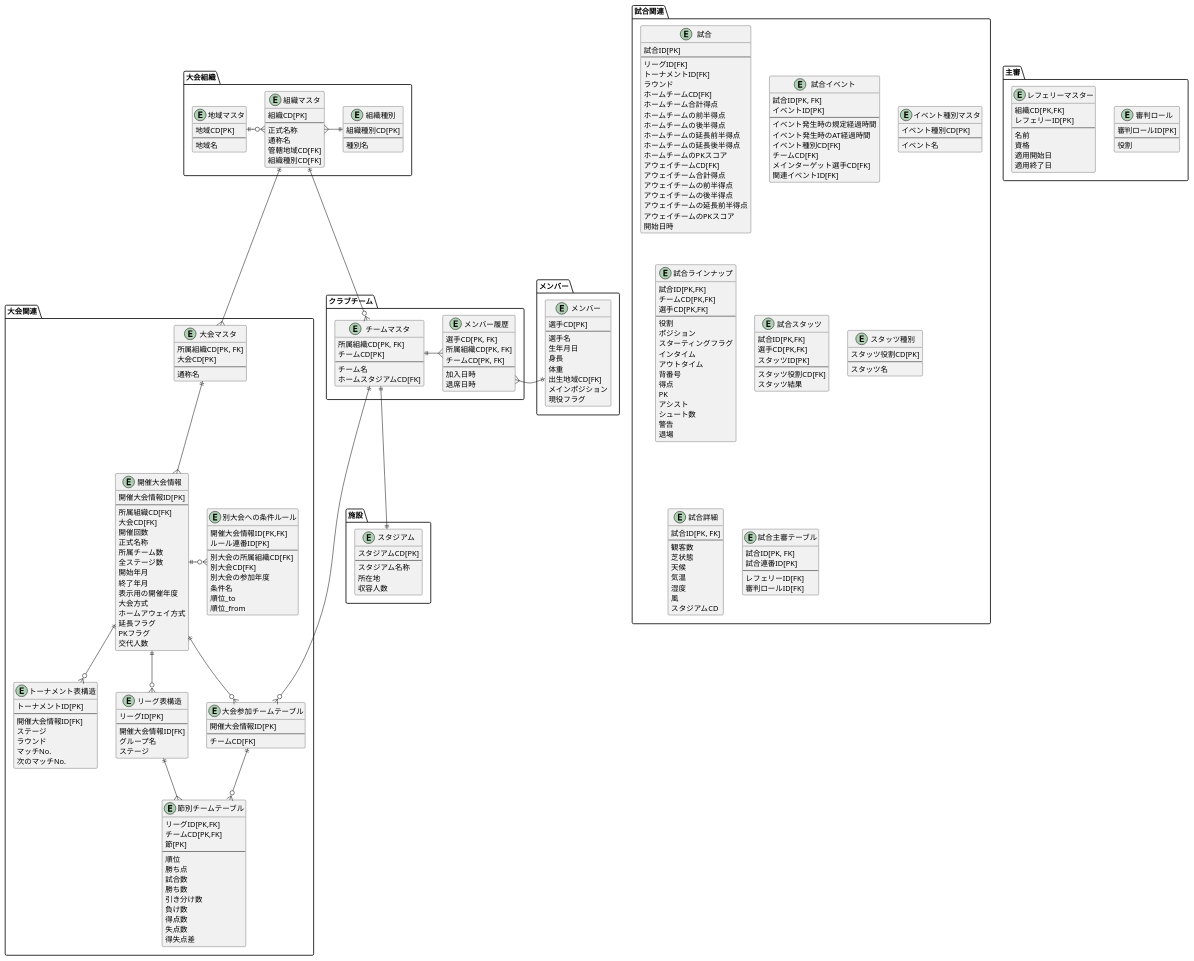
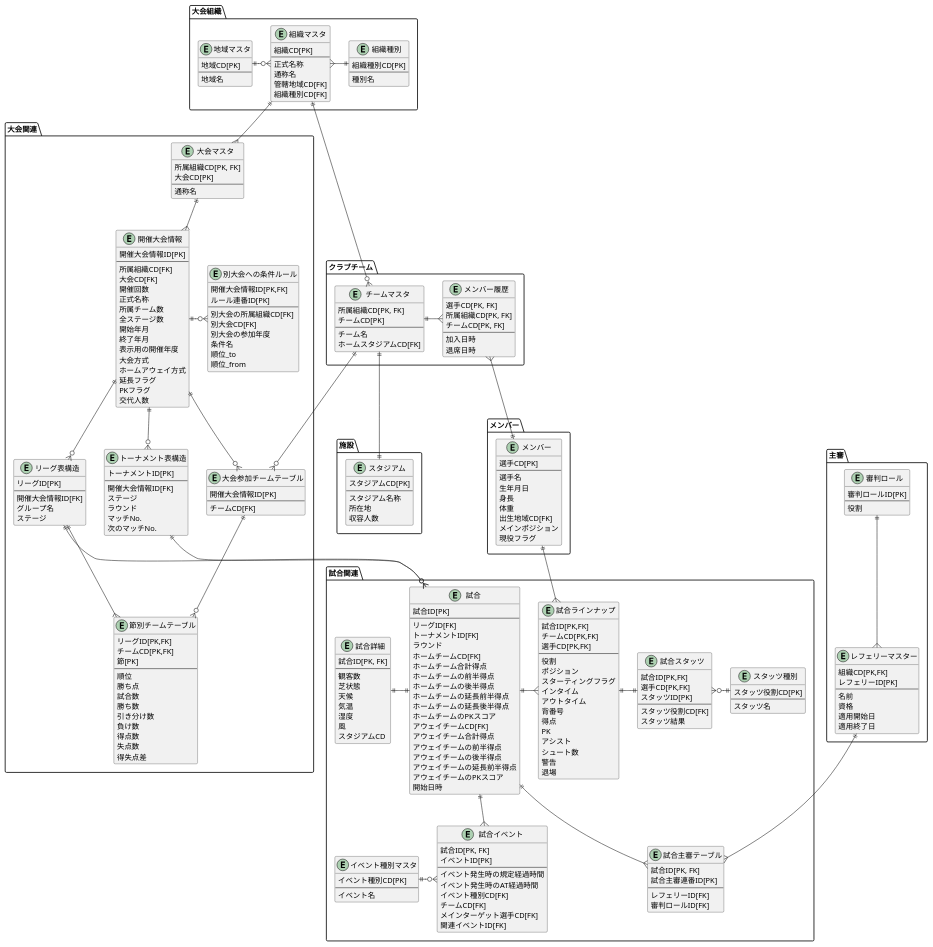
Before and after one commit to LCC-SYamada/SocckerDB_PlantUML: the diagram in soccker_db.puml, drawn with PlantUML.

Commit message:
試合関連と主審関連のテーブルをつなげる

```diff
--- a/soccker_db.puml
+++ b/soccker_db.puml
@@ -235,7 +235,7 @@
 
   Entity "試合主審テーブル" as MatchReferee {
     試合ID[PK, FK]
-    試合連番ID[PK]
+    試合主審連番ID[PK]
     --
     レフェリーID[FK]
     審判ロールID[FK]
@@ -265,7 +265,7 @@
 Organization ||--o{ Team
 Stadium ||-u-|| Team
 Team ||-r-{ MemberHistory
-Member ||-l-{ MemberHistory
+Member ||-u-{ MemberHistory
 Organization ||--{ Tournament
 Tournament ||-d-{ TournamentInfo
 TournamentInfo ||-r-o{ TournamentDetail
@@ -275,5 +275,17 @@
 Team ||-r-o{ TournamentParticipant 
 LeagueTable ||--{ MatchDayRank
 TournamentParticipant||--o{ MatchDayRank
+LeagueTable ||-d-o{ Match
+TournamentTable ||-d-o{ Match
+Match ||-l-{ MatchLineup
+Match ||-d-{ MatchEvent
+EventCategory ||-r-o{ MatchEvent
+Member ||-d-{ MatchLineup
+MatchLineup ||-r-|| MatchStats
+StatsCategory ||-l-o{ MatchStats 
+Match ||-l-|| MatchInfo
+Match ||--{ MatchReferee
+Referee ||--{ MatchReferee
+RefereeRole ||-d-{ Referee
 
 @enduml
```
